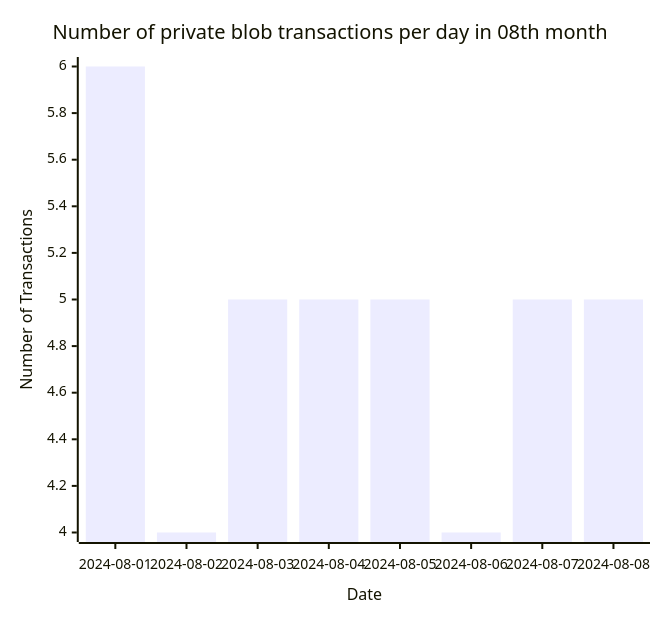
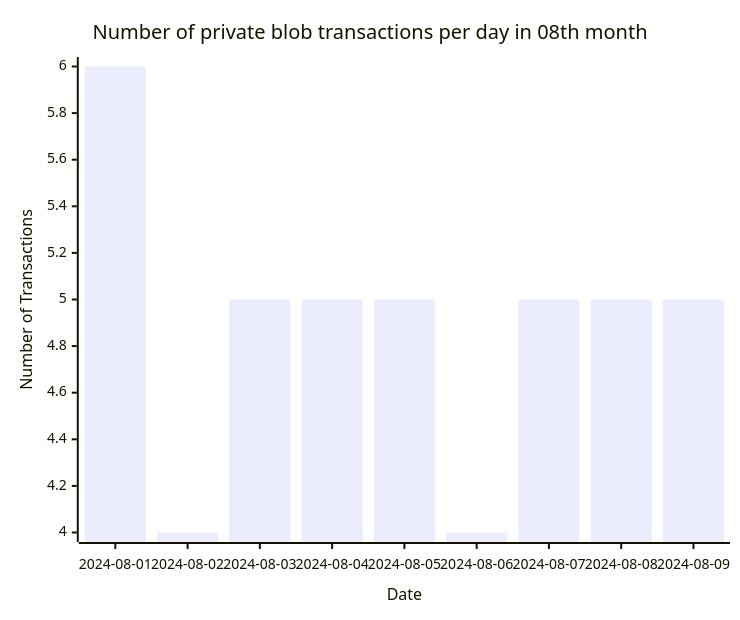
The sixth of 6 diagrams in README.md (Amit0617/eip4844-data), drawn with Mermaid before and after one commit. The commit also changed 1 other file, not shown here.

````diff
--- a/README.md
+++ b/README.md
@@ -66,12 +66,12 @@
 ```mermaid
 ---
 config:
     xyChart:
-        width: 640
+        width: 720
         height: 600
 ---
 xychart-beta title "Number of private blob transactions per day in 08th month"
-x-axis "Date" [2024-08-01,2024-08-02,2024-08-03,2024-08-04,2024-08-05,2024-08-06,2024-08-07,2024-08-08]
+x-axis "Date" [2024-08-01,2024-08-02,2024-08-03,2024-08-04,2024-08-05,2024-08-06,2024-08-07,2024-08-08,2024-08-09]
 y-axis "Number of Transactions"
-bar[6,4,5,5,5,4,5,5]
+bar[6,4,5,5,5,4,5,5,5]
 ```
````
